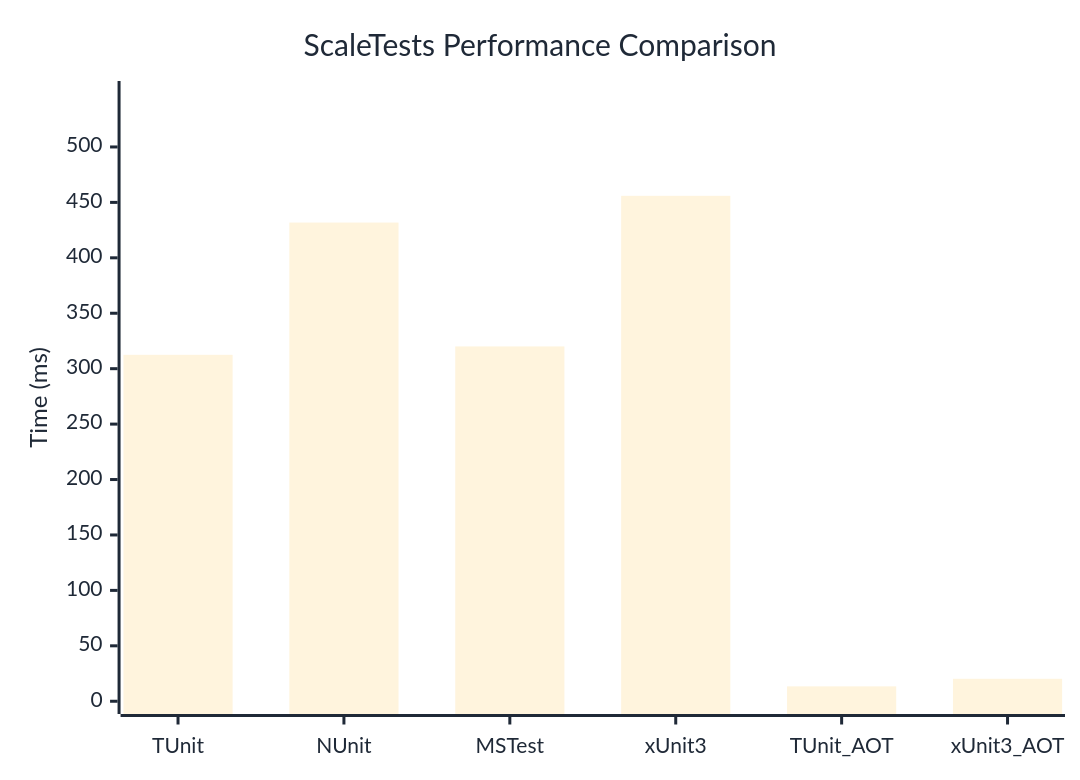
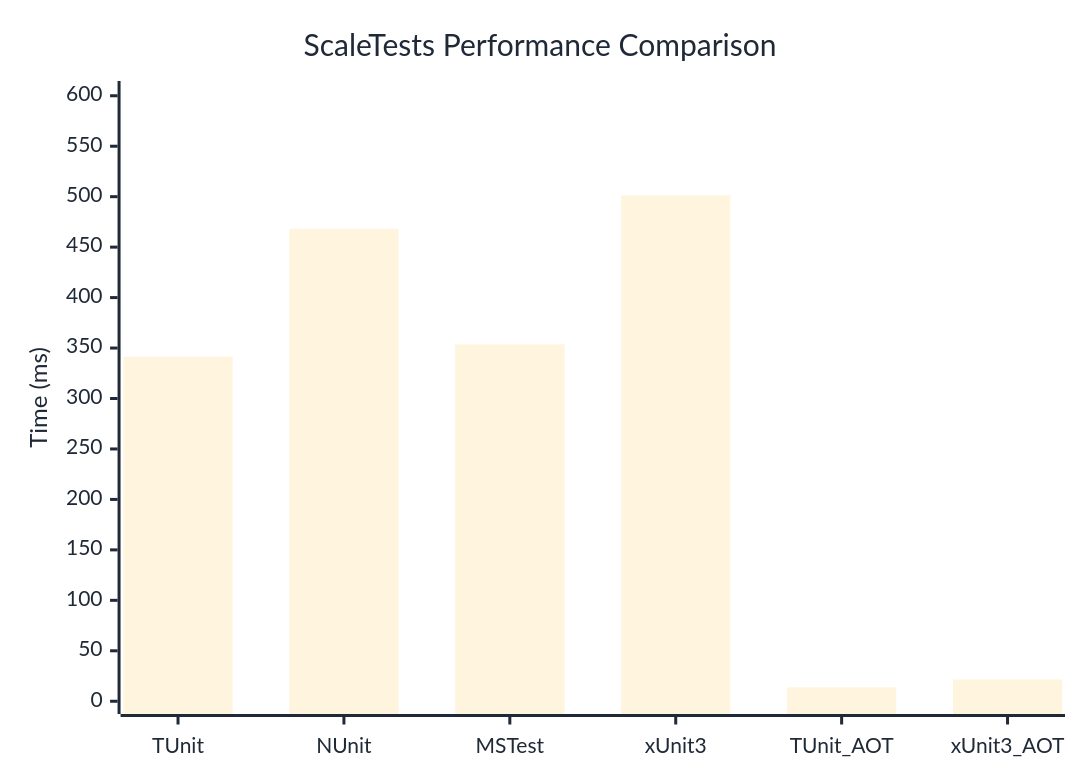
One commit to thomhurst/TUnit changed the diagram in docs/docs/benchmarks/engine/ScaleTests.md. Above: the diagram before and after it, drawn with Mermaid. The commit also changed other lines of this file and 18 other files, not shown here.

````diff
--- a/docs/docs/benchmarks/engine/ScaleTests.md
+++ b/docs/docs/benchmarks/engine/ScaleTests.md
@@ -30,37 +30,37 @@
 ```mermaid
 %%{init: {
   'theme':'base',
   'themeVariables': {
     'primaryColor': '#2563eb',
     'primaryTextColor': '#1f2937',
     'primaryBorderColor': '#1e40af',
     'lineColor': '#6b7280',
     'secondaryColor': '#7c3aed',
     'tertiaryColor': '#dc2626',
     'background': '#ffffff',
     'mainBkg': '#2563eb',
     'secondBkg': '#7c3aed',
     'tertiaryBkg': '#dc2626',
     'clusterBkg': '#f3f4f6',
     'edgeLabelBackground': '#ffffff',
     'tertiaryTextColor': '#1f2937',
     'pie1': '#2563eb',
     'pie2': '#7c3aed',
     'pie3': '#dc2626',
     'pie4': '#f59e0b',
     'pie5': '#10b981',
     'pie6': '#06b6d4',
     'pie7': '#ec4899',
     'pie8': '#6366f1',
     'pie9': '#84cc16',
     'pie10': '#f97316',
     'pie11': '#14b8a6',
     'pie12': '#a855f7'
   }
 }}%%
 xychart-beta
   title "ScaleTests Performance Comparison"
   x-axis ["TUnit", "NUnit", "MSTest", "xUnit3", "TUnit_AOT", "xUnit3_AOT"]
-  y-axis "Time (ms)" 0 --> 548
-  bar [312.49, 431.81, 320.07, 455.93, 13.43, 20.26]
+  y-axis "Time (ms)" 0 --> 602
+  bar [341.53, 468.3, 353.64, 501.31, 13.75, 21.62]
 ```
````
